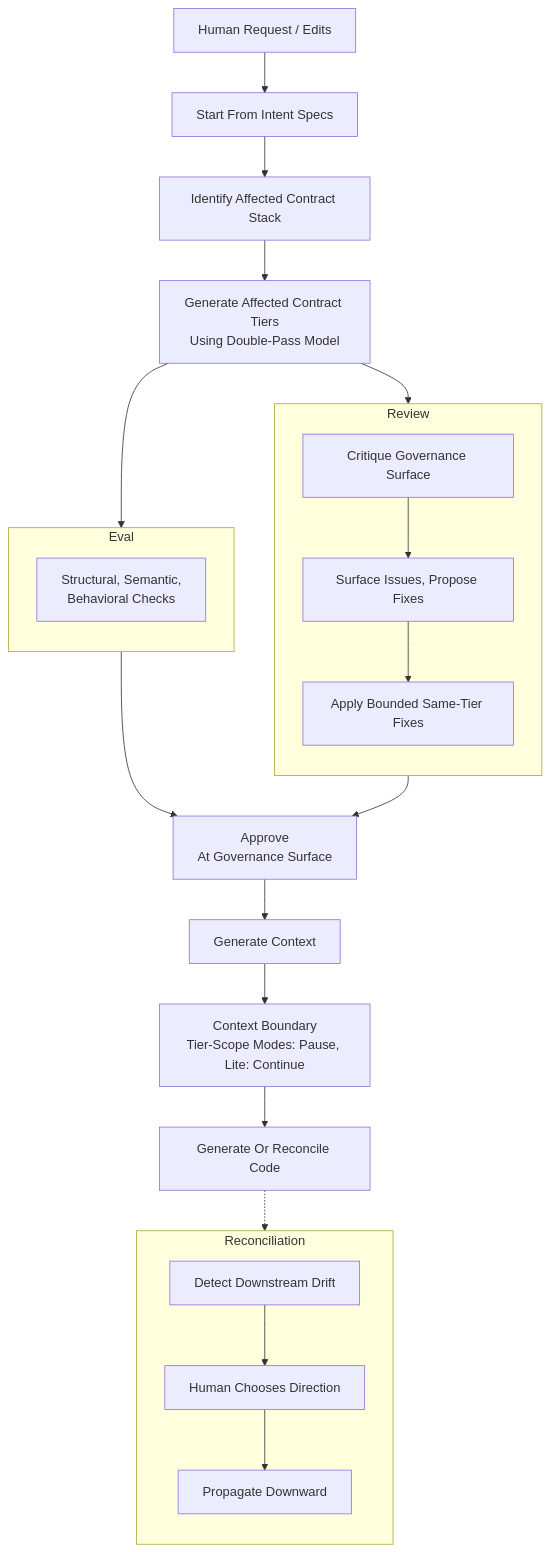
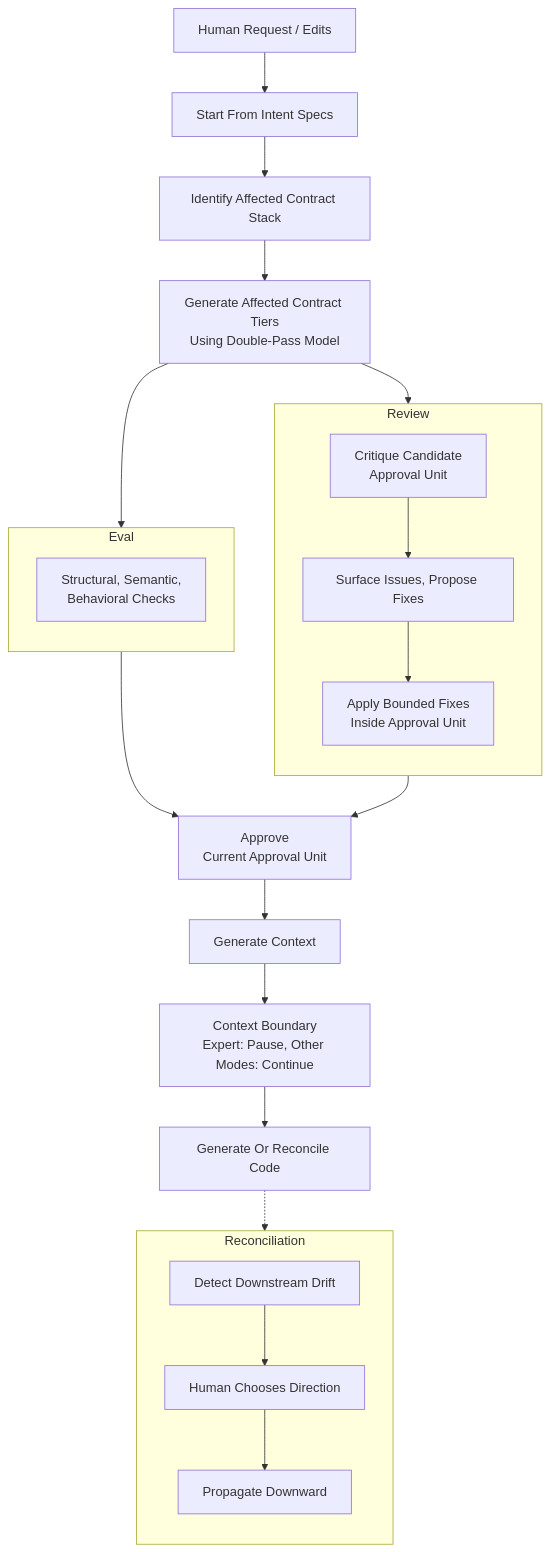
Before and after one commit to dahans-msft2/vibeloom-copilot-cli: the second of 5 diagrams in v02/vibeloom-methodology.md, drawn with Mermaid. The commit also changed other lines of this file and 6 other files, not shown here.

Commit message:
Align approval-unit semantics and defaults IDs

````diff
--- a/v02/vibeloom-methodology.md
+++ b/v02/vibeloom-methodology.md
@@ -281,41 +285,41 @@
 ```mermaid
 flowchart TD
     H["Human Request / Edits"]
     I["Start From Intent Specs"]
     D["Identify Affected Contract Stack"]
     G["Generate Affected Contract Tiers<br/>Using Double-Pass Model"]
 
     H --> I --> D --> G
 
     G --> R
     G --> E
 
     subgraph REV["Review"]
         direction TB
-        R["Critique Governance Surface"]
+        R["Critique Candidate<br/>Approval Unit"]
         R1["Surface Issues, Propose Fixes"]
-        R2["Apply Bounded Same-Tier Fixes"]
+        R2["Apply Bounded Fixes<br/>Inside Approval Unit"]
         R --> R1 --> R2
     end
 
     subgraph EVL["Eval"]
         direction TB
         E["Structural, Semantic,<br/>Behavioral Checks"]
     end
 
-    R2 --> A["Approve<br/>At Governance Surface"]
+    R2 --> A["Approve<br/>Current Approval Unit"]
     E --> A
 
     A --> C["Generate Context"]
-    C --> B["Context Boundary<br/>Tier-Scope Modes: Pause, Lite: Continue"]
+    C --> B["Context Boundary<br/>Expert: Pause, Other Modes: Continue"]
     B --> K["Generate Or Reconcile Code"]
 
     K -.-> Q
     subgraph REC["Reconciliation"]
         direction TB
         Q["Detect Downstream Drift"]
         Q1["Human Chooses Direction"]
         Q2["Propagate Downward"]
         Q --> Q1 --> Q2
     end
 ```
````
